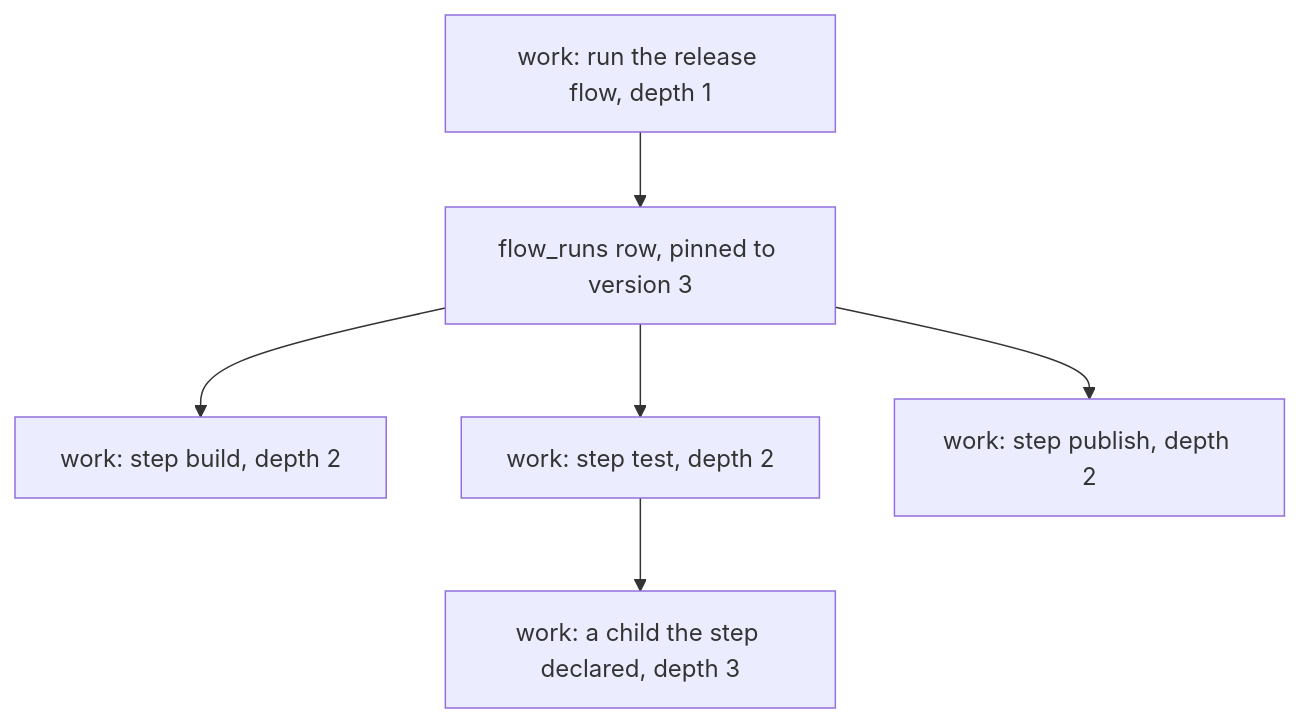
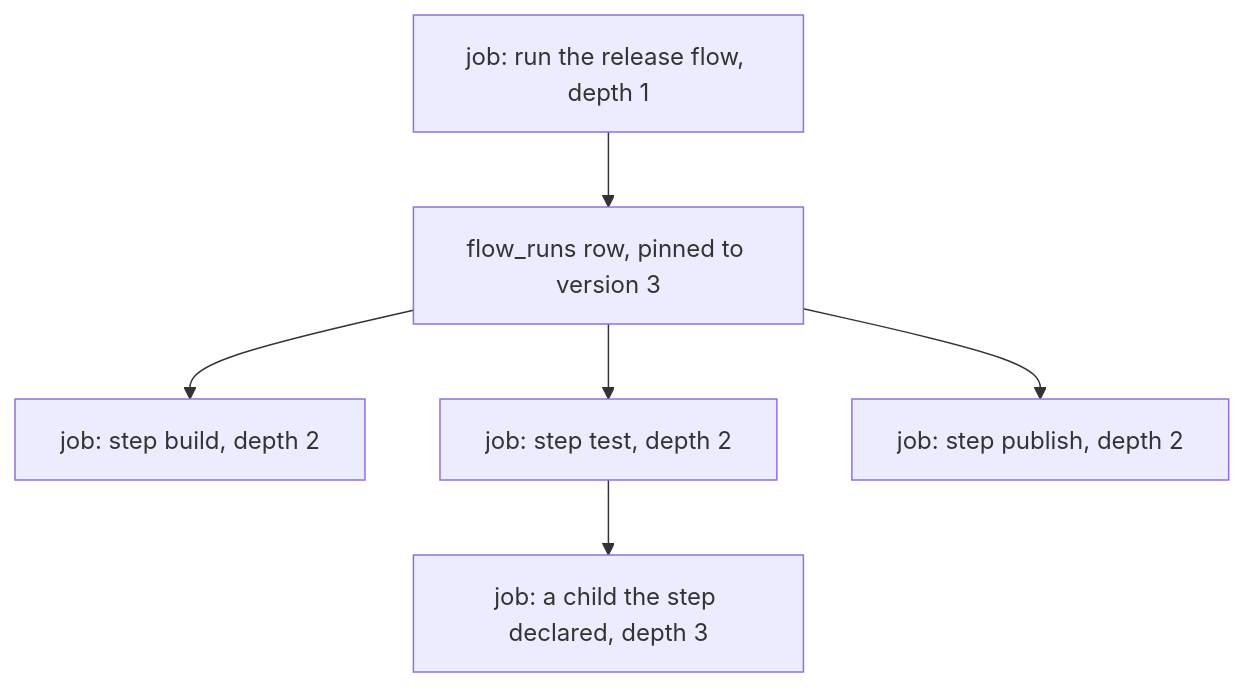
Diagram 17 of 19 in docs/ORCHESTRATION.md (atlantic-blue/quay-crew), drawn with Mermaid before and after one commit. The commit also changed other lines of this file and 222 other files, not shown here.

Commit message:
refactor: declared intent is a job, not work

````diff
--- a/docs/ORCHESTRATION.md
+++ b/docs/ORCHESTRATION.md
@@ -2313,8 +2313,8 @@
 ```mermaid
 flowchart TD
-    R["work: run the release flow, depth 1"] --> RUN["flow_runs row, pinned to version 3"]
-    RUN --> S1["work: step build, depth 2"]
-    RUN --> S2["work: step test, depth 2"]
-    RUN --> S3["work: step publish, depth 2"]
-    S2 --> N1["work: a child the step declared, depth 3"]
+    R["job: run the release flow, depth 1"] --> RUN["flow_runs row, pinned to version 3"]
+    RUN --> S1["job: step build, depth 2"]
+    RUN --> S2["job: step test, depth 2"]
+    RUN --> S3["job: step publish, depth 2"]
+    S2 --> N1["job: a child the step declared, depth 3"]
 ```
````
